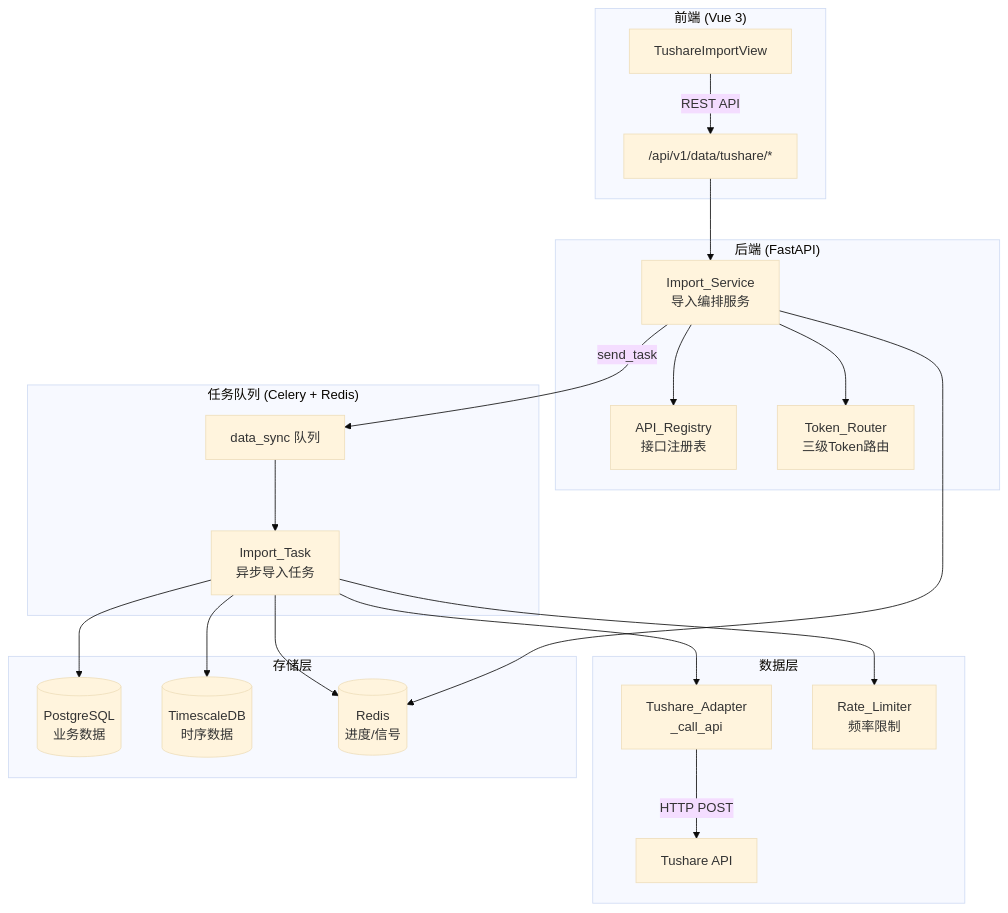
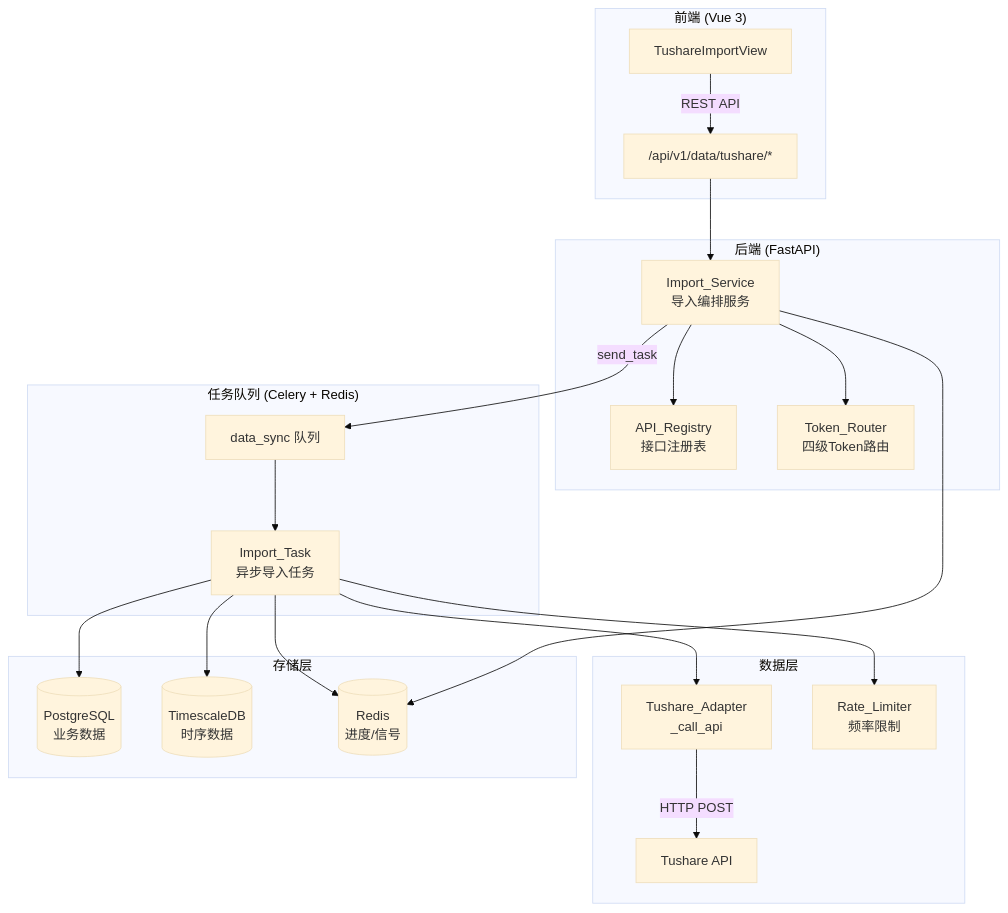
The first of 3 diagrams in .kiro/specs/tushare-data-import/design.md (xdengpao/PoperRight), drawn with Mermaid (base theme) before and after one commit. The commit also changed other lines of this file and 27 other files, not shown here.

````diff
--- a/.kiro/specs/tushare-data-import/design.md
+++ b/.kiro/specs/tushare-data-import/design.md
@@ -30,43 +30,43 @@
 ```mermaid
 graph TB
     subgraph Frontend["前端 (Vue 3)"]
         TIV[TushareImportView]
         TIV -->|REST API| API
     end
 
     subgraph Backend["后端 (FastAPI)"]
         API["/api/v1/data/tushare/*"]
         IS[Import_Service<br/>导入编排服务]
         AR[API_Registry<br/>接口注册表]
-        TR[Token_Router<br/>三级Token路由]
+        TR[Token_Router<br/>四级Token路由]
         API --> IS
         IS --> AR
         IS --> TR
     end
 
     subgraph TaskQueue["任务队列 (Celery + Redis)"]
         CQ[data_sync 队列]
         IT[Import_Task<br/>异步导入任务]
         IS -->|send_task| CQ
         CQ --> IT
     end
 
     subgraph DataLayer["数据层"]
         TA[Tushare_Adapter<br/>_call_api]
         RL[Rate_Limiter<br/>频率限制]
         IT --> TA
         IT --> RL
         TA -->|HTTP POST| TAPI[Tushare API]
     end
 
     subgraph Storage["存储层"]
         PG[(PostgreSQL<br/>业务数据)]
         TS[(TimescaleDB<br/>时序数据)]
         RD[(Redis<br/>进度/信号)]
         IT --> PG
         IT --> TS
         IT --> RD
         IS --> RD
     end
 
 ```
````
